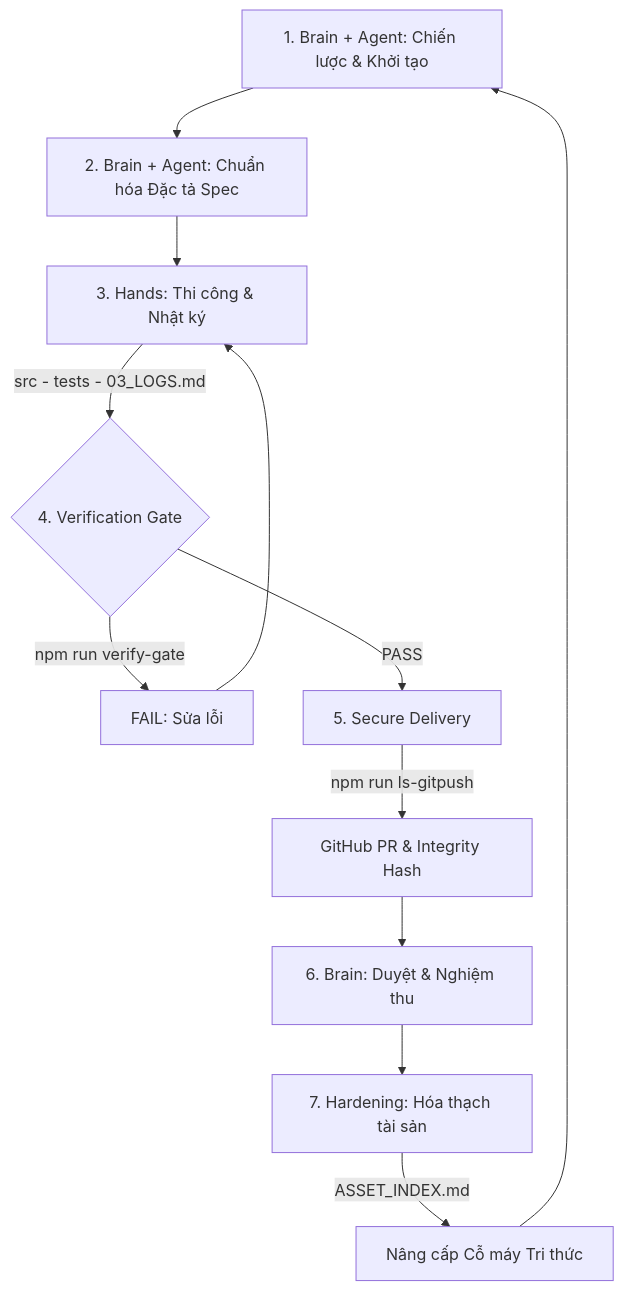
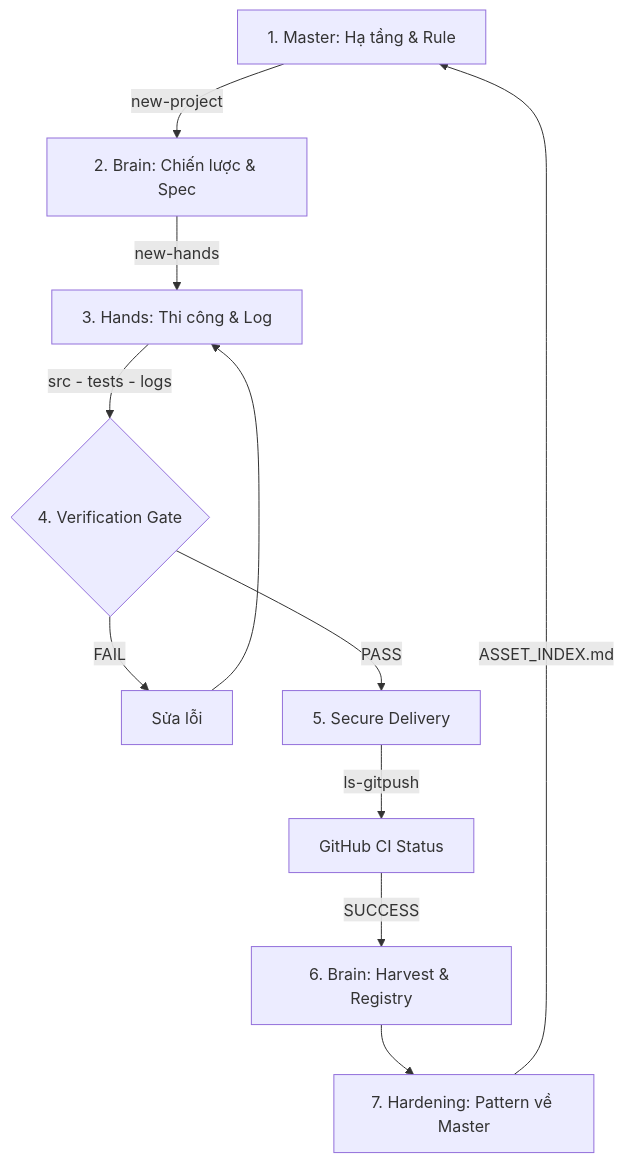
One commit to Link-Strategy/Link_Stategy_Development_System changed the diagram in backlog.md. Above: the diagram before and after it, drawn with Mermaid. The commit also changed other lines of this file and 47 other files, not shown here.

````diff
--- a/backlog.md
+++ b/backlog.md
@@ -53,14 +53,13 @@
 ```mermaid
 graph TD
-    A[1. Brain + Agent: Chiến lược & Khởi tạo] --> C[2. Brain + Agent: Chuẩn hóa Đặc tả Spec]
-    C --> D[3. Hands: Thi công & Nhật ký]
-    D -->|src - tests - 03_LOGS.md| E{4. Verification Gate}
-    E -->|npm run verify-gate| F[FAIL: Sửa lỗi]
-    F --> D
+    M[1. Master: Hạ tầng & Rule] -->|new-project| B[2. Brain: Chiến lược & Spec]
+    B -->|new-hands| H[3. Hands: Thi công & Log]
+    H -->|src - tests - logs| E{4. Verification Gate}
+    E -->|FAIL| F[Sửa lỗi]
+    F --> H
     E -->|PASS| G[5. Secure Delivery]
-    G -->|npm run ls-gitpush| H[GitHub PR & Integrity Hash]
-    H --> I[6. Brain: Duyệt & Nghiệm thu]
-    I --> J[7. Hardening: Hóa thạch tài sản]
-    J -->|ASSET_INDEX.md| K[Nâng cấp Cỗ máy Tri thức]
-    K --> A
+    G -->|ls-gitpush| GH[GitHub CI Status]
+    GH -->|SUCCESS| I[6. Brain: Harvest & Registry]
+    I --> J[7. Hardening: Pattern về Master]
+    J -->|ASSET_INDEX.md| M
 ```
````
